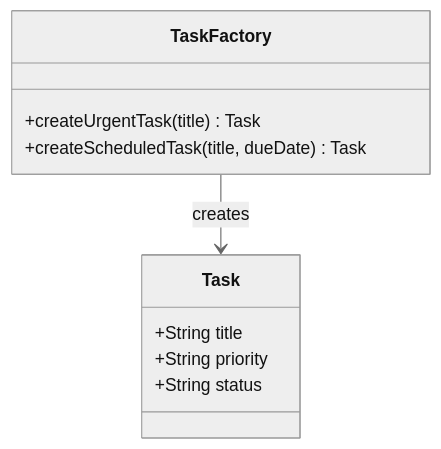
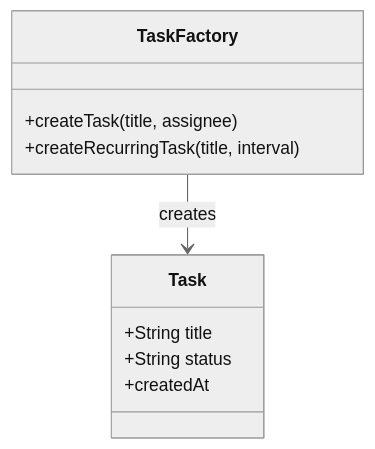
The ninth of 10 diagrams in docs/level-1/L02.md (suli-g/stratum), drawn with Mermaid (neutral theme) before and after one commit. The commit also changed other lines of this file, not shown here.

Commit message:
Draft: Updated version of task 2 - to be submitted for comparison.

````diff
--- a/docs/level-1/L02.md
+++ b/docs/level-1/L02.md
@@ -206,13 +274,14 @@
 ```{mermaid}
 classDiagram
-    class TaskFactory {
-        +createUrgentTask(title) Task
-        +createScheduledTask(title, dueDate) Task
-    }
     class Task {
         +String title
-        +String priority
         +String status
+        +createdAt
     }
+    class TaskFactory {
+        +createTask(title, assignee)
+        +createRecurringTask(title, interval)
+    }
+    
     TaskFactory --> Task : creates
 ```
````
